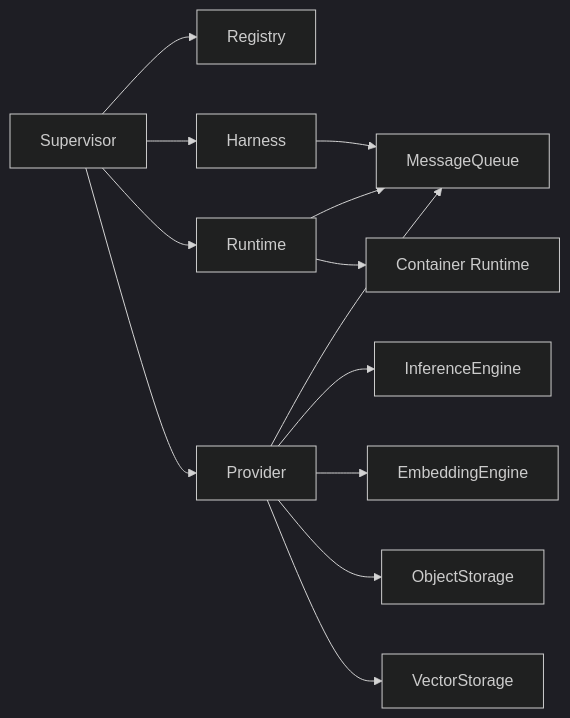
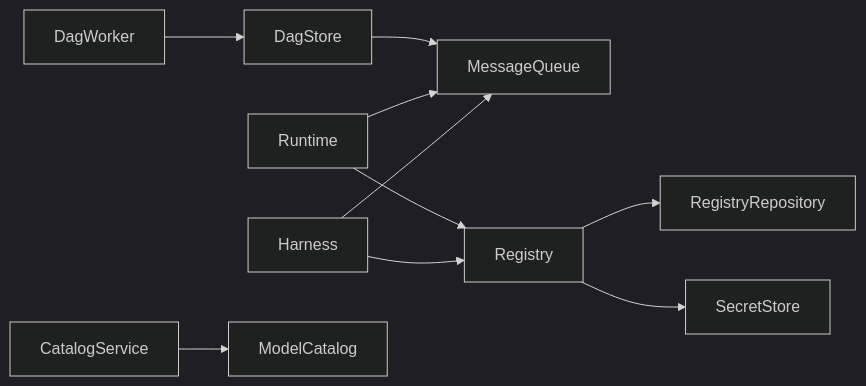
One commit to vlindercli/public-docs changed the diagram in docs/content/explanation/domain-model.md. Above: the diagram before and after it, drawn with Mermaid (dark theme). The commit also changed other lines of this file, not shown here.

First line of the commit message:
Rewrite domain model explanation to match code

````diff
--- a/docs/content/explanation/domain-model.md
+++ b/docs/content/explanation/domain-model.md
@@ -99,18 +132,16 @@
 ```mermaid
 graph LR
-    Supervisor --> Registry
-    Supervisor --> Harness
-    Supervisor --> Runtime
-    Supervisor --> Provider
+    Harness --> MessageQueue
+    Harness --> Registry
 
     Runtime --> MessageQueue
-    Provider --> MessageQueue
-    Harness --> MessageQueue
+    Runtime --> Registry
 
-    Provider --> InferenceEngine
-    Provider --> EmbeddingEngine
-    Provider --> ObjectStorage
-    Provider --> VectorStorage
+    DagWorker --> DagStore
+    DagStore --> MessageQueue
 
-    Runtime --> ContainerRuntime[Container Runtime]
+    Registry --> RegistryRepository
+    Registry --> SecretStore
+
+    CatalogService --> ModelCatalog
 ```
````
